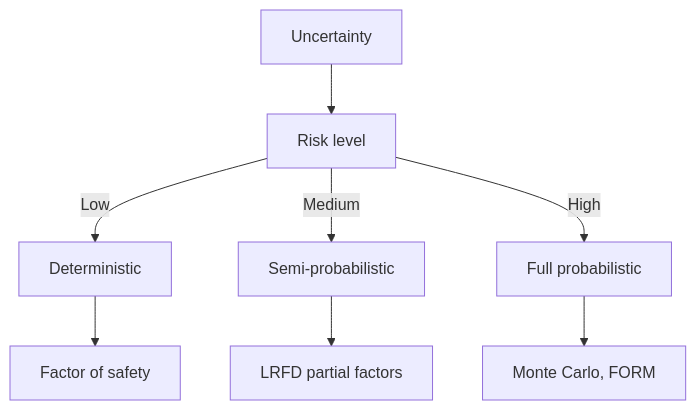
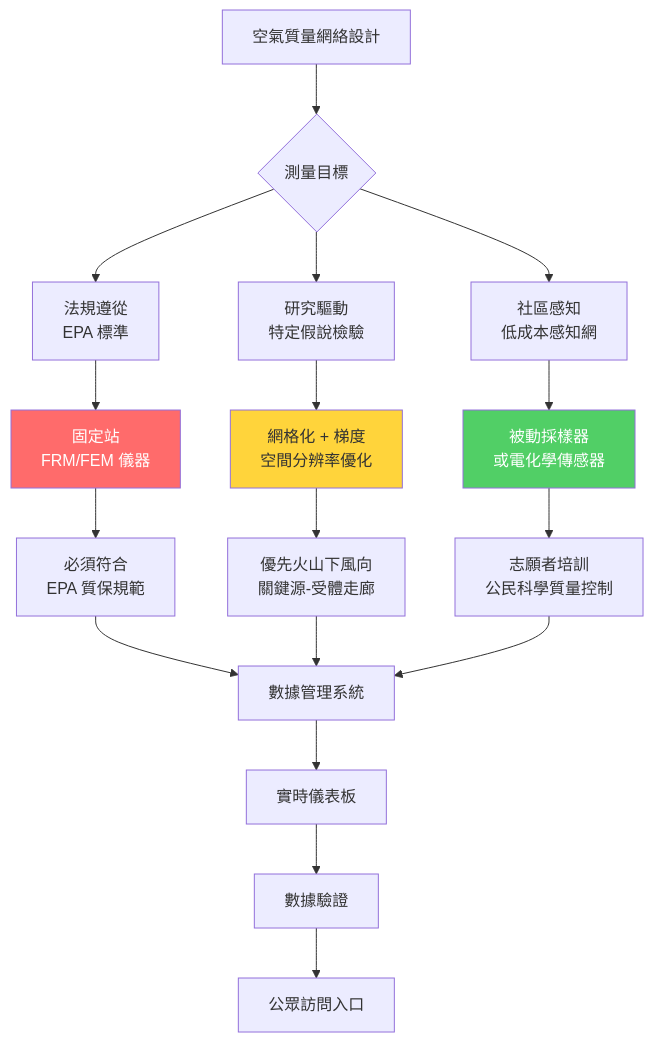
Before and after one commit to yip-lgtm/civil-bootcamp: the second of 5 diagrams in MIT_CEE_Core/Track_1_Environment/Fluids_Transport_Engineering/04_1.091_TREX_Fieldwork.md, drawn with Mermaid. The commit also changed other lines of this file and 8 other files, not shown here.

````diff
--- a/MIT_CEE_Core/Track_1_Environment/Fluids_Transport_Engineering/04_1.091_TREX_Fieldwork.md
+++ b/MIT_CEE_Core/Track_1_Environment/Fluids_Transport_Engineering/04_1.091_TREX_Fieldwork.md
@@ -282,10 +635,28 @@
 ```mermaid
-graph TD
-    A[Uncertainty] --> B[Risk level]
-    B -->|Low| C[Deterministic]
-    B -->|Medium| D[Semi-probabilistic]
-    B -->|High| E[Full probabilistic]
-    C --> F[Factor of safety]
-    D --> G[LRFD partial factors]
-    E --> H[Monte Carlo, FORM]
+flowchart TD
+    A[空氣質量網絡設計] --> B{測量目標}
+    B --> C[法規遵從<br/>EPA 標準]
+    B --> D[研究驅動<br/>特定假說檢驗]
+    B --> E[社區感知<br/>低成本感知網]
+    
+    C --> C1[固定站<br/>FRM/FEM 儀器]
+    C1 --> C2[必須符合<br/>EPA 質保規範]
+    
+    D --> D1[網格化 + 梯度<br/>空間分辨率優化]
+    D1 --> D2[優先火山下風向<br/>關鍵源-受體走廊]
+    
+    E --> E1[被動採樣器<br/>或電化學傳感器]
+    E1 --> E2[志願者培訓<br/>公民科學質量控制]
+    
+    C2 --> F[數據管理系統]
+    D2 --> F
+    E2 --> F
+    
+    F --> G[實時儀表板]
+    G --> H[數據驗證]
+    H --> I[公眾訪問入口]
+    
+    style C1 fill:#ff6b6b,color:#fff
+    style D1 fill:#ffd43b
+    style E1 fill:#51cf66,color:#fff
 ```
````
